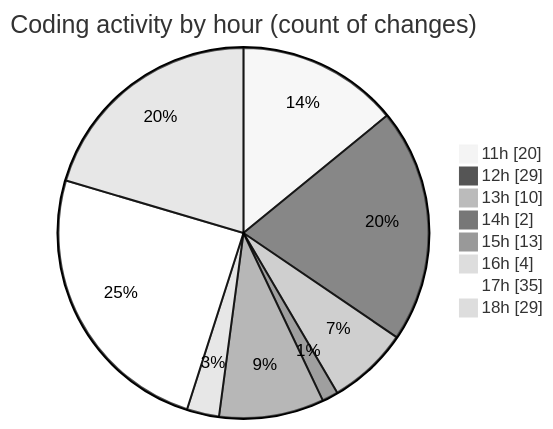
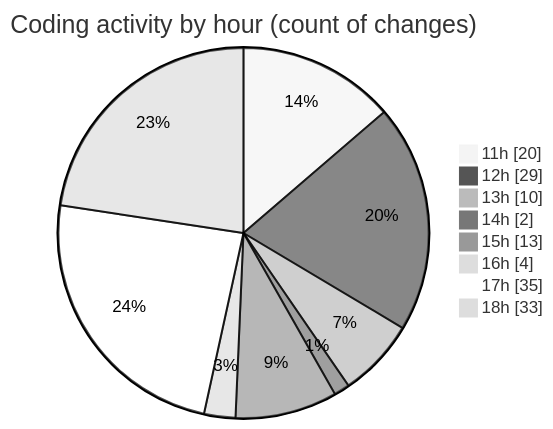
The second of 2 diagrams in 2025-12-11/nxtqube_webapp/README.md (nxtqubesakshisongat/code-tracking), drawn with Mermaid (neutral theme) before and after one commit. The commit also changed other lines of this file and 1 other file, not shown here.

````diff
--- a/2025-12-11/nxtqube_webapp/README.md
+++ b/2025-12-11/nxtqube_webapp/README.md
@@ -42,12 +43,12 @@
 ```mermaid
 pie showData
 title Coding activity by hour (count of changes)
 "11h" : 20
 "12h" : 29
 "13h" : 10
 "14h" : 2
 "15h" : 13
 "16h" : 4
 "17h" : 35
-"18h" : 29
+"18h" : 33
 ```
````
